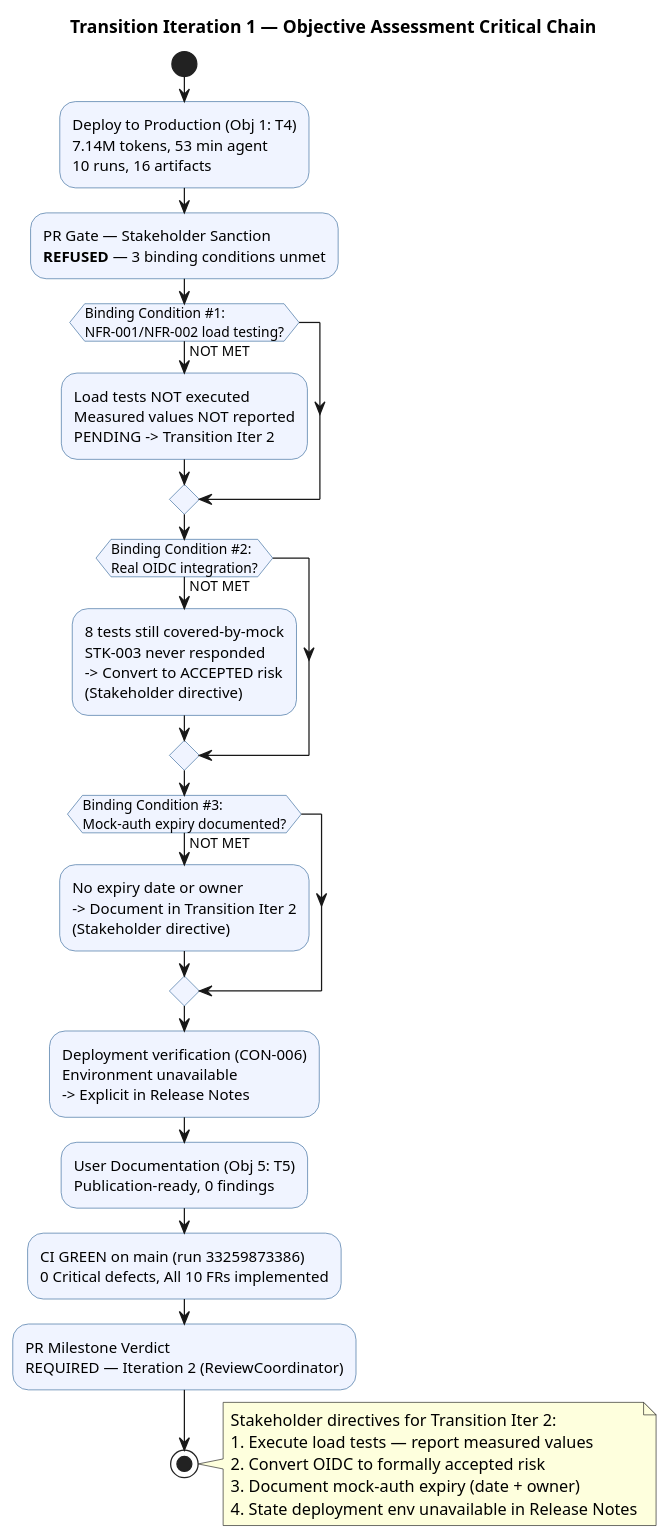
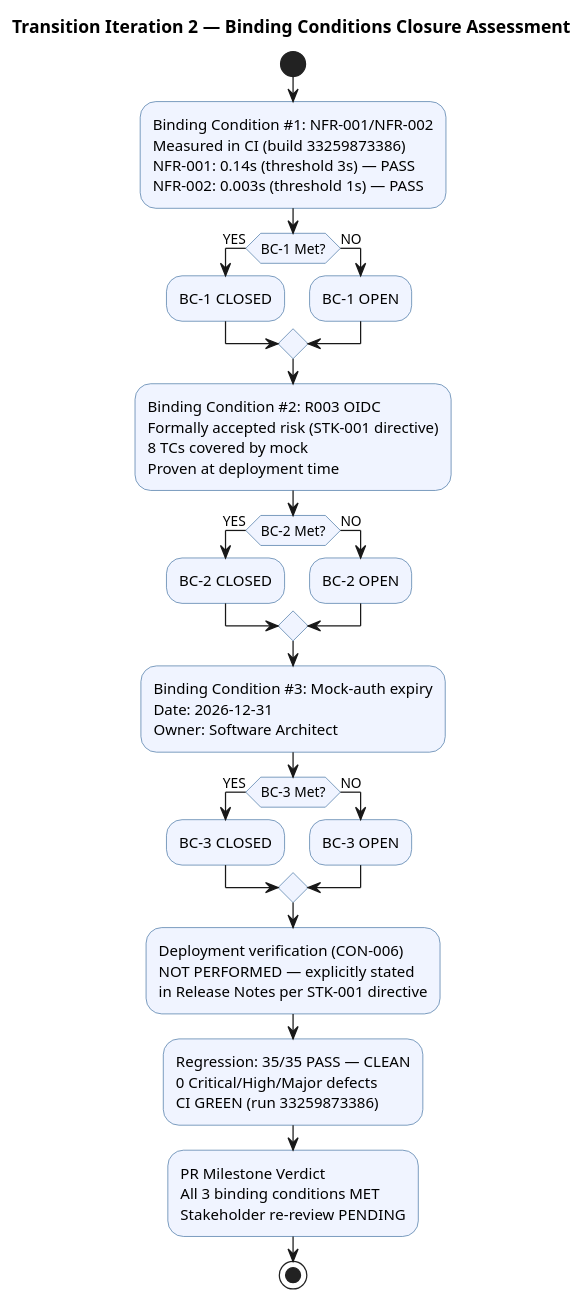
Before and after one commit to banense-test/portal-cuba-corp: the diagram in docs/artifacts/project-management/iteration-assessment.md, drawn with PlantUML. The commit also changed other lines of this file, not shown here.

First line of the commit message:
Project Manager [T2]: upsert Iteration Assessment

````diff
--- a/docs/artifacts/project-management/iteration-assessment.md
+++ b/docs/artifacts/project-management/iteration-assessment.md
@@ -62,60 +36,58 @@
 ```plantuml
 @startuml
-title Transition Iteration 1 — Objective Assessment Critical Chain
+title Transition Iteration 2 — Binding Conditions Closure Assessment
 
 skinparam activityBackgroundColor #F0F4FF
 skinparam activityBorderColor #336699
+skinparam shadowing false
 
 start
 
-:Deploy to Production (Obj 1: T4)
-7.14M tokens, 53 min agent
-10 runs, 16 artifacts;
+:Binding Condition #1: NFR-001/NFR-002
+Measured in CI (build 33259873386)
+NFR-001: 0.14s (threshold 3s) — PASS
+NFR-002: 0.003s (threshold 1s) — PASS;
 
-:PR Gate — Stakeholder Sanction
-**REFUSED** — 3 binding conditions unmet;
-
-if (Binding Condition #1:\nNFR-001/NFR-002 load testing?) then (NOT MET)
-  :Load tests NOT executed
-  Measured values NOT reported
-  PENDING -> Transition Iter 2;
+if (BC-1 Met?) then (YES)
+  :BC-1 CLOSED;
+else (NO)
+  :BC-1 OPEN;
 endif
 
-if (Binding Condition #2:\nReal OIDC integration?) then (NOT MET)
-  :8 tests still covered-by-mock
-  STK-003 never responded
-  -> Convert to ACCEPTED risk
-  (Stakeholder directive);
+:Binding Condition #2: R003 OIDC
+Formally accepted risk (STK-001 directive)
+8 TCs covered by mock
+Proven at deployment time;
+
+if (BC-2 Met?) then (YES)
+  :BC-2 CLOSED;
+else (NO)
+  :BC-2 OPEN;
 endif
 
-if (Binding Condition #3:\nMock-auth expiry documented?) then (NOT MET)
-  :No expiry date or owner
-  -> Document in Transition Iter 2
-  (Stakeholder directive);
+:Binding Condition #3: Mock-auth expiry
+Date: 2026-12-31
+Owner: Software Architect;
+
+if (BC-3 Met?) then (YES)
+  :BC-3 CLOSED;
+else (NO)
+  :BC-3 OPEN;
 endif
 
 :Deployment verification (CON-006)
-Environment unavailable
--> Explicit in Release Notes;
+NOT PERFORMED — explicitly stated
+in Release Notes per STK-001 directive;
 
-:User Documentation (Obj 5: T5)
-Publication-ready, 0 findings;
-
-:CI GREEN on main (run 33259873386)
-0 Critical defects, All 10 FRs implemented;
+:Regression: 35/35 PASS — CLEAN
+0 Critical/High/Major defects
+CI GREEN (run 33259873386);
 
 :PR Milestone Verdict
-REQUIRED — Iteration 2 (ReviewCoordinator);
+All 3 binding conditions MET
+Stakeholder re-review PENDING;
 
 stop
 
-note right
-Stakeholder directives for Transition Iter 2:
-1. Execute load tests — report measured values
-2. Convert OIDC to formally accepted risk
-3. Document mock-auth expiry (date + owner)
-4. State deployment env unavailable in Release Notes
-end note
-
 @enduml
 ```
````
